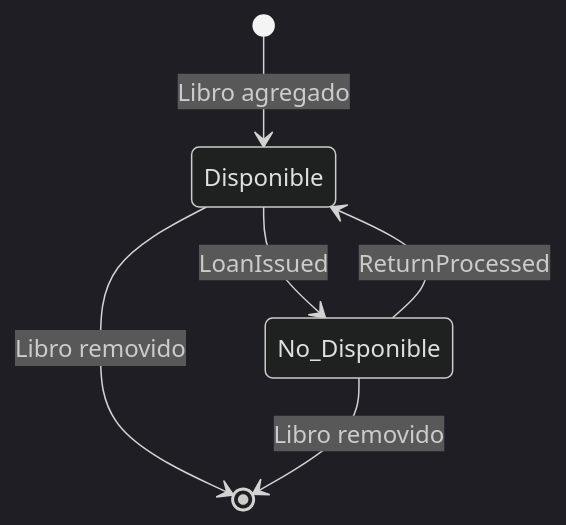
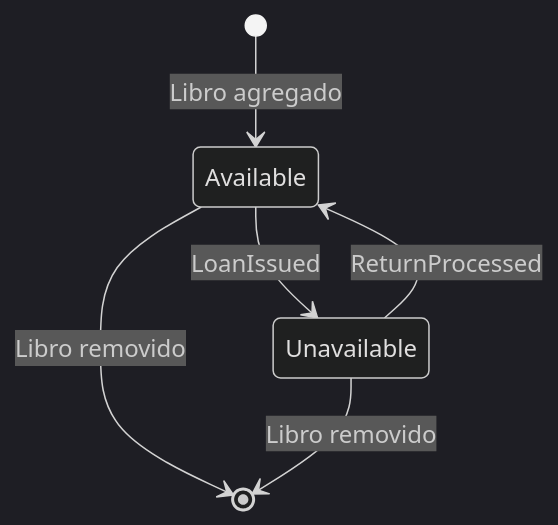
Before and after one commit to alebuzo/SOA-I-2026: the second of 5 diagrams in tarea1/03-contexto-inventario.md, drawn with Mermaid (dark theme). The commit also changed other lines of this file and 1 other file, not shown here.

````diff
--- a/tarea1/03-contexto-inventario.md
+++ b/tarea1/03-contexto-inventario.md
@@ -121,8 +121,8 @@
 ```mermaid
 stateDiagram-v2
-    [*] --> Disponible: Libro agregado
-    Disponible --> No_Disponible: LoanIssued
-    No_Disponible --> Disponible: ReturnProcessed
-    Disponible --> [*]: Libro removido
-    No_Disponible --> [*]: Libro removido
+    [*] --> Available: Libro agregado
+    Available --> Unavailable: LoanIssued
+    Unavailable --> Available: ReturnProcessed
+    Available --> [*]: Libro removido
+    Unavailable --> [*]: Libro removido
 ```
````
